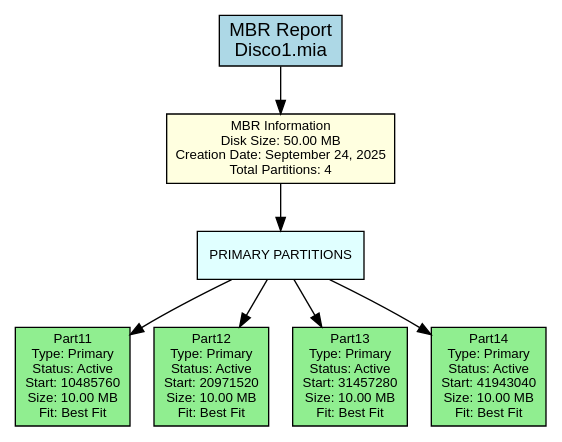
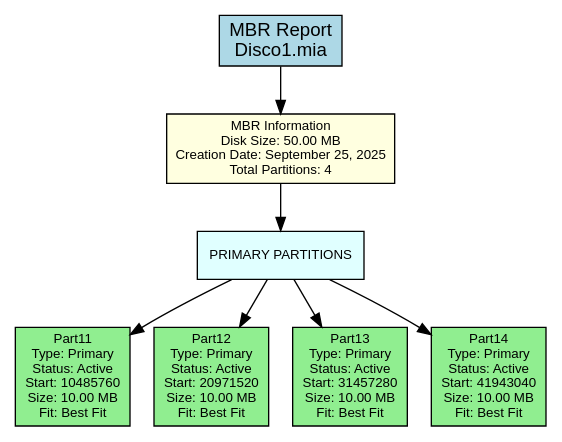
Before and after one commit to DiegVas/MIA_2S2025_P2_202300638: the diagram in backend/provider/reports/src/mbr_381A.dot, drawn with Graphviz. The commit also changed 27 other files, not shown here.

```diff
--- a/backend/provider/reports/src/mbr_381A.dot
+++ b/backend/provider/reports/src/mbr_381A.dot
@@ -1,24 +1,24 @@
 digraph MBR_Report {
     rankdir=TB;
     node [shape=box, style=filled];
     graph [fontname="Arial", fontsize=12];
     node [fontname="Arial", fontsize=10];
     edge [fontname="Arial"];
 
     title [label="MBR Report\nDisco1.mia", fillcolor=lightblue, fontsize=14];
 
-    mbr_info [label="MBR Information\nDisk Size: 50.00 MB\nCreation Date: September 24, 2025\nTotal Partitions: 4", fillcolor=lightyellow];
+    mbr_info [label="MBR Information\nDisk Size: 50.00 MB\nCreation Date: September 25, 2025\nTotal Partitions: 4", fillcolor=lightyellow];
 
     primary_section [label="PRIMARY PARTITIONS", shape=box, style=filled, fillcolor=lightcyan];
     primary_0 [label="Part11\nType: Primary\nStatus: Active\nStart: 10485760\nSize: 10.00 MB\nFit: Best Fit", fillcolor=lightgreen];
     primary_section -> primary_0;
     primary_1 [label="Part12\nType: Primary\nStatus: Active\nStart: 20971520\nSize: 10.00 MB\nFit: Best Fit", fillcolor=lightgreen];
     primary_section -> primary_1;
     primary_2 [label="Part13\nType: Primary\nStatus: Active\nStart: 31457280\nSize: 10.00 MB\nFit: Best Fit", fillcolor=lightgreen];
     primary_section -> primary_2;
     primary_3 [label="Part14\nType: Primary\nStatus: Active\nStart: 41943040\nSize: 10.00 MB\nFit: Best Fit", fillcolor=lightgreen];
     primary_section -> primary_3;
 
     title -> mbr_info;
     mbr_info -> primary_section;
 }
```
